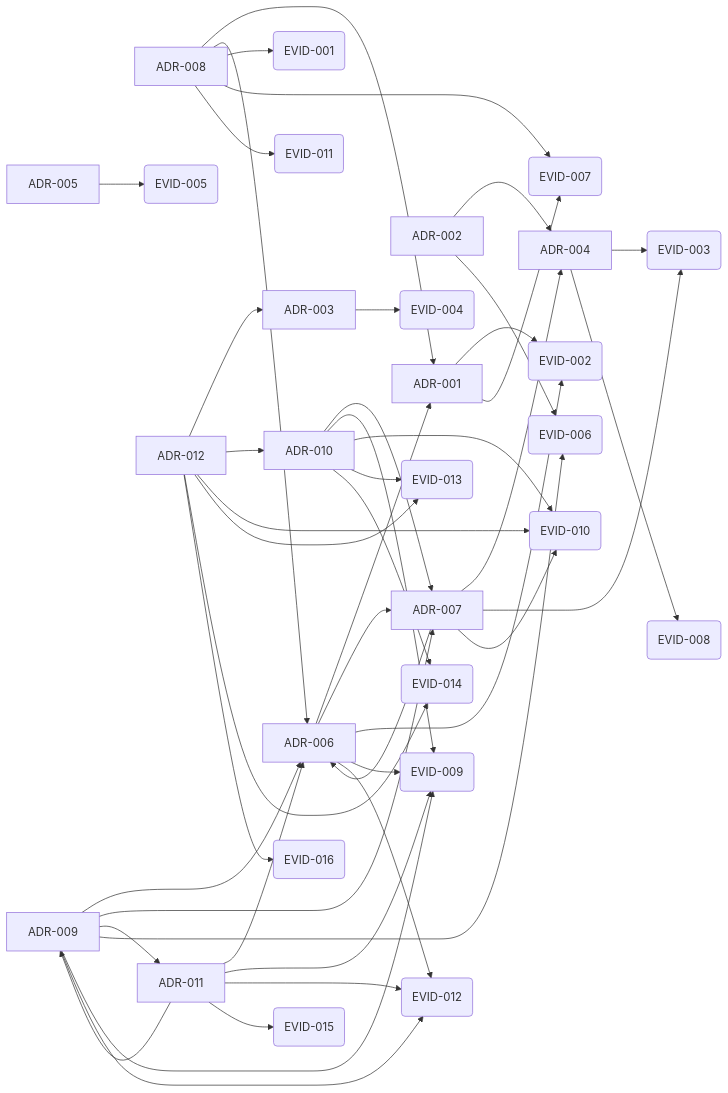
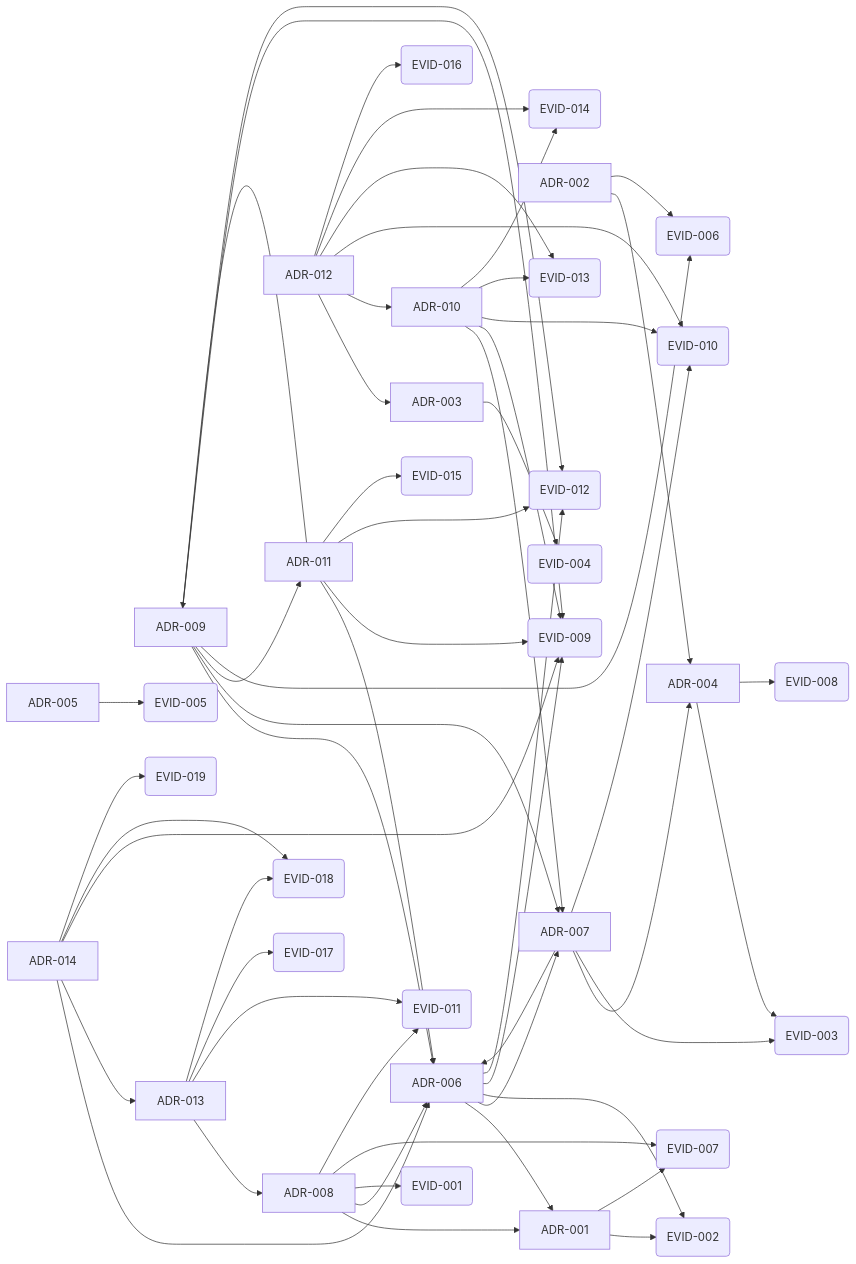
Before and after one commit to TeramachiShunsuke/aidd: the diagram in GRAPH.md, drawn with Mermaid. The commit also changed other lines of this file and 5 other files, not shown here.

````diff
--- a/GRAPH.md
+++ b/GRAPH.md
@@ -46,6 +46,8 @@
   ADR_010[ADR-010]
   ADR_011[ADR-011]
   ADR_012[ADR-012]
+  ADR_013[ADR-013]
+  ADR_014[ADR-014]
   EVID_001(EVID-001)
   EVID_002(EVID-002)
   EVID_003(EVID-003)
@@ -62,6 +64,9 @@
   EVID_014(EVID-014)
   EVID_015(EVID-015)
   EVID_016(EVID-016)
+  EVID_017(EVID-017)
+  EVID_018(EVID-018)
+  EVID_019(EVID-019)
   ADR_001 --> EVID_002
   ADR_001 --> EVID_007
   ADR_002 --> ADR_004
@@ -106,4 +111,13 @@
   ADR_012 --> EVID_013
   ADR_012 --> EVID_014
   ADR_012 --> EVID_016
+  ADR_013 --> ADR_008
+  ADR_013 --> EVID_011
+  ADR_013 --> EVID_017
+  ADR_013 --> EVID_018
+  ADR_014 --> ADR_006
+  ADR_014 --> ADR_013
+  ADR_014 --> EVID_009
+  ADR_014 --> EVID_018
+  ADR_014 --> EVID_019
 ```
````
